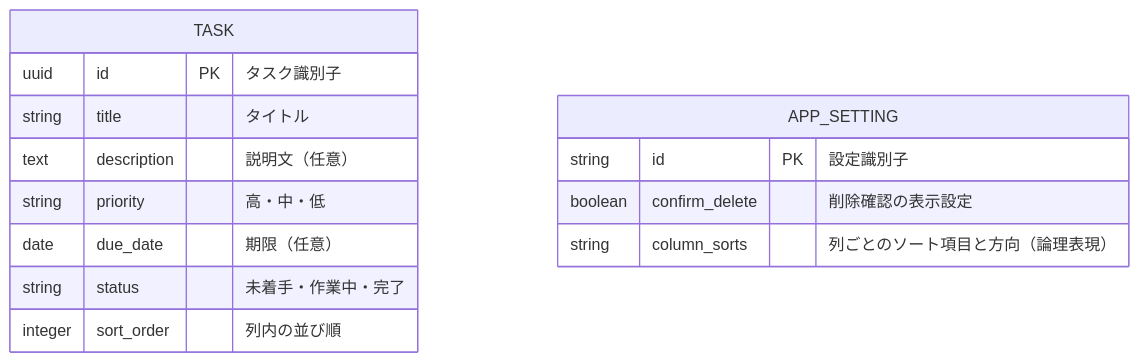
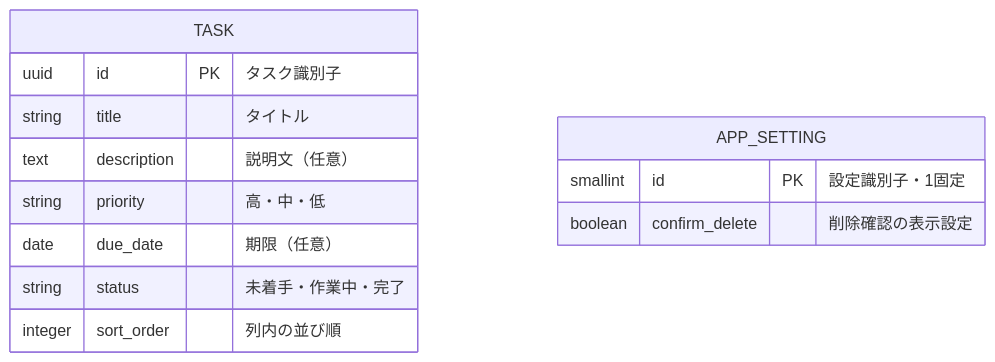
The diagram in データベース設計書.md (kouichiiwaoka/RaiseTech_TaskManager), drawn with Mermaid before and after one commit. The commit also changed other lines of this file and 24 other files, not shown here.

````diff
--- a/データベース設計書.md
+++ b/データベース設計書.md
@@ -35,17 +35,16 @@
 ```mermaid
 erDiagram
     TASK {
         uuid id PK "タスク識別子"
         string title "タイトル"
         text description "説明文（任意）"
         string priority "高・中・低"
         date due_date "期限（任意）"
         string status "未着手・作業中・完了"
         integer sort_order "列内の並び順"
     }
     APP_SETTING {
-        string id PK "設定識別子"
+        smallint id PK "設定識別子・1固定"
         boolean confirm_delete "削除確認の表示設定"
-        string column_sorts "列ごとのソート項目と方向（論理表現）"
     }
 ```
````
